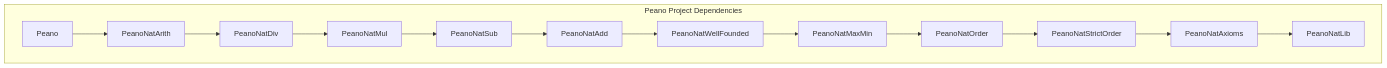
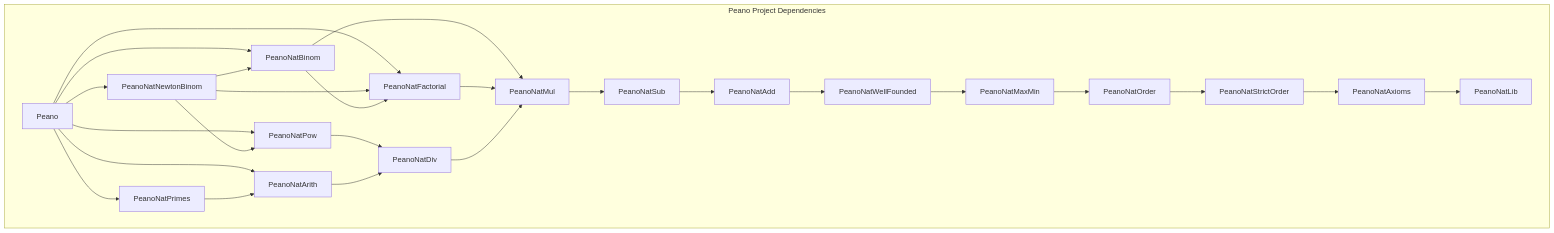
The diagram in DEPENDENCIES.md (julian1c2a/Peano), drawn with Mermaid before and after one commit. The commit also changed other lines of this file and 5 other files, not shown here.

First line of the commit message:
feat: add PeanoNatNewtonBinom module for finite sums and Newton's Binomial Theorem

````diff
--- a/DEPENDENCIES.md
+++ b/DEPENDENCIES.md
@@ -12,16 +12,34 @@
 ```mermaid
 graph TD;
     subgraph Peano Project Dependencies
+        Peano --> PeanoNatNewtonBinom;
+        Peano --> PeanoNatBinom;
+        Peano --> PeanoNatFactorial;
+        Peano --> PeanoNatPow;
+        Peano --> PeanoNatPrimes;
         Peano --> PeanoNatArith;
+
+        PeanoNatNewtonBinom --> PeanoNatBinom;
+        PeanoNatNewtonBinom --> PeanoNatFactorial;
+        PeanoNatNewtonBinom --> PeanoNatPow;
+
+        PeanoNatBinom --> PeanoNatFactorial;
+        PeanoNatBinom --> PeanoNatMul;
+
+        PeanoNatFactorial --> PeanoNatMul;
+
+        PeanoNatPow --> PeanoNatDiv;
+        PeanoNatPrimes --> PeanoNatArith;
         PeanoNatArith --> PeanoNatDiv;
+
         PeanoNatDiv --> PeanoNatMul;
         PeanoNatMul --> PeanoNatSub;
         PeanoNatSub --> PeanoNatAdd;
         PeanoNatAdd --> PeanoNatWellFounded;
         PeanoNatWellFounded --> PeanoNatMaxMin;
         PeanoNatMaxMin --> PeanoNatOrder;
         PeanoNatOrder --> PeanoNatStrictOrder;
         PeanoNatStrictOrder --> PeanoNatAxioms;
         PeanoNatAxioms --> PeanoNatLib;
     end
 ```
````
